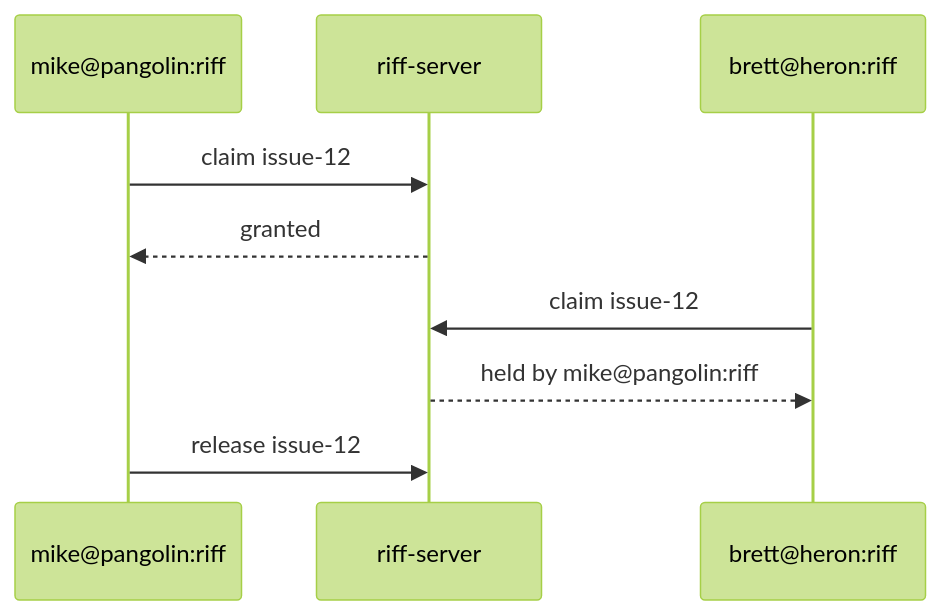
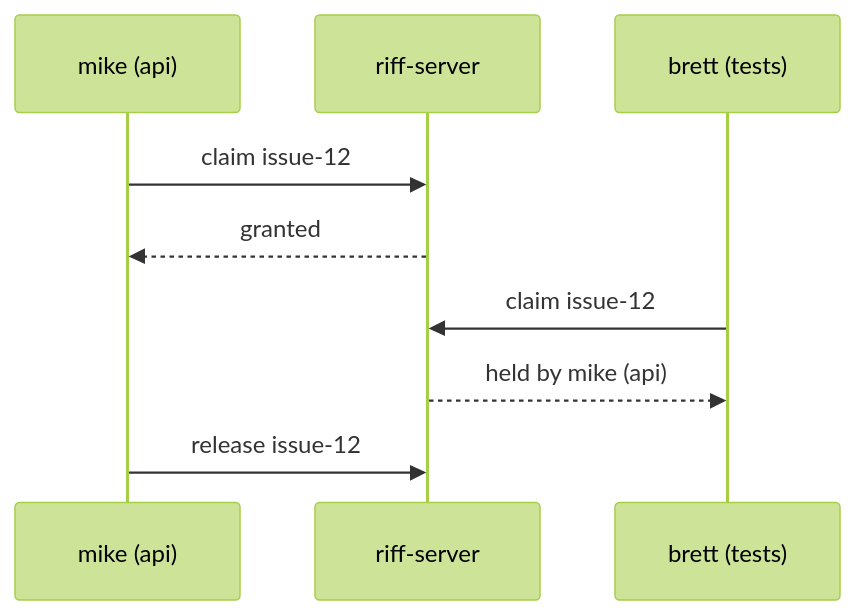
The fifth of 5 diagrams in docs/src/how-it-works.md (como-technologies/riff), drawn with Mermaid (forest theme) before and after one commit. The commit also changed other lines of this file and 22 other files, not shown here.

````diff
--- a/docs/src/how-it-works.md
+++ b/docs/src/how-it-works.md
@@ -94,11 +120,11 @@
 ```mermaid
 sequenceDiagram
-    participant A as mike@pangolin:riff#api
+    participant A as mike (api)
     participant E as riff-server
-    participant B as brett@heron:riff#tests
+    participant B as brett (tests)
     A->>E: claim issue-12
     E-->>A: granted
     B->>E: claim issue-12
-    E-->>B: held by mike@pangolin:riff#api
+    E-->>B: held by mike (api)
     A->>E: release issue-12
 ```
````
